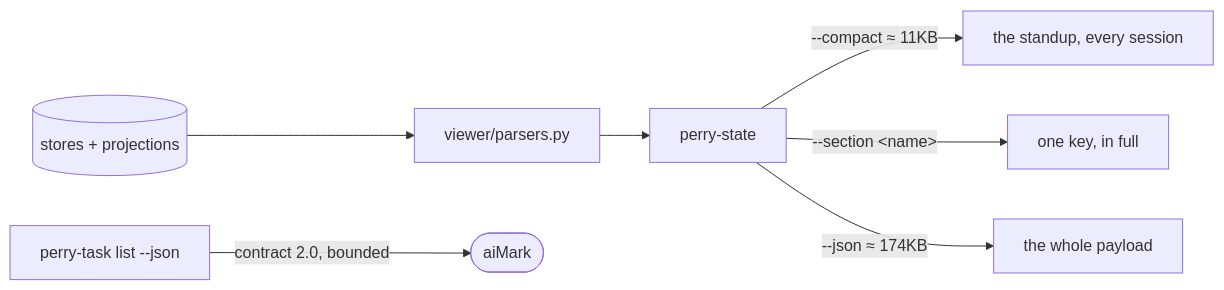
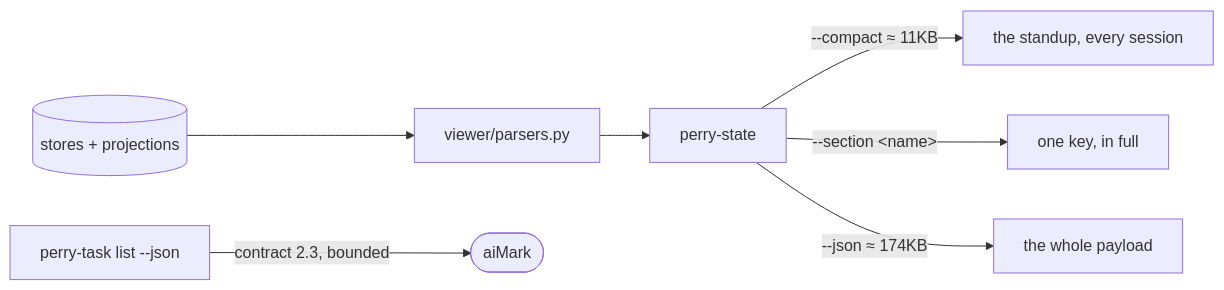
One commit to ranjiao/Perry changed the third of 3 diagrams in ARCHITECTURE.md. Above: the diagram before and after it, drawn with Mermaid. The commit also changed other lines of this file, not shown here.

First line of the commit message:
ARCHITECTURE.md: NN-2 without a board file; perry-task list 2.3 (user-confirmed)

````diff
--- a/ARCHITECTURE.md
+++ b/ARCHITECTURE.md
@@ -166,9 +166,9 @@
 ```mermaid
 flowchart LR
     State[("stores + projections")] --> P["viewer/parsers.py"]
     P --> S["perry-state"]
     S -->|"--compact ≈ 11KB"| Standup["the standup, every session"]
     S -->|"--section &lt;name&gt;"| Detail["one key, in full"]
     S -->|"--json ≈ 174KB"| Whole["the whole payload"]
-    T["perry-task list --json"] -->|"contract 2.0, bounded"| Outside([aiMark])
+    T["perry-task list --json"] -->|"contract 2.3, bounded"| Outside([aiMark])
 ```
````
